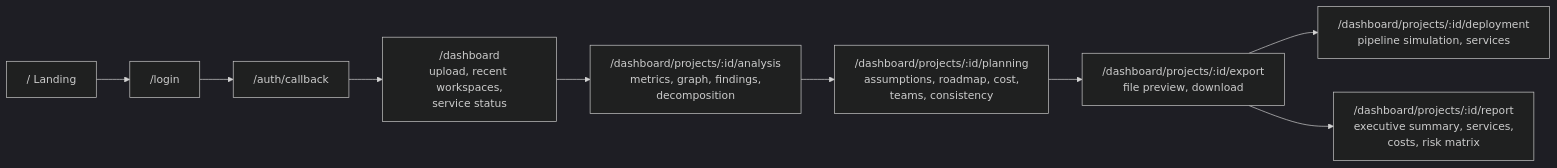
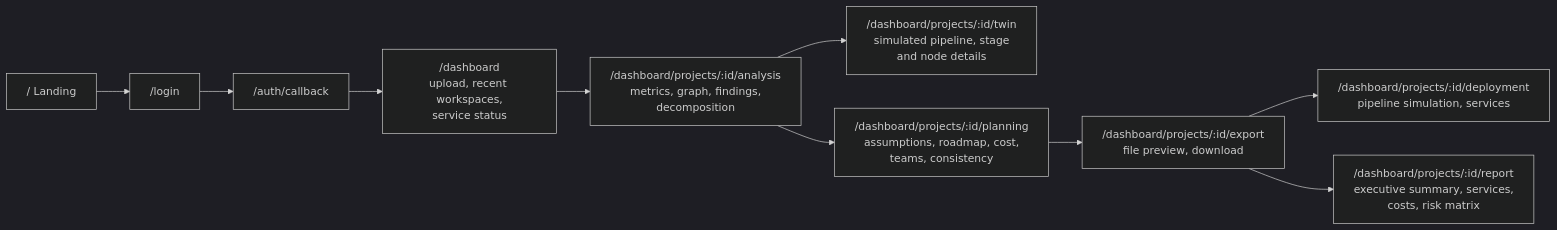
One commit to Tetra4ge/MonoMelt changed diagram 21 of 23 in README.md. Above: the diagram before and after it, drawn with Mermaid (dark theme). The commit also changed other lines of this file, not shown here.

````diff
--- a/README.md
+++ b/README.md
@@ -946,11 +946,12 @@
 ```mermaid
 flowchart LR
     L["/ Landing"] --> LG["/login"]
     LG --> CB["/auth/callback"]
     CB --> D["/dashboard<br/>upload, recent workspaces,<br/>service status"]
     D --> AN["/dashboard/projects/:id/analysis<br/>metrics, graph, findings,<br/>decomposition"]
+    AN --> TW["/dashboard/projects/:id/twin<br/>simulated pipeline, stage<br/>and node details"]
     AN --> PL["/dashboard/projects/:id/planning<br/>assumptions, roadmap, cost,<br/>teams, consistency"]
     PL --> EX["/dashboard/projects/:id/export<br/>file preview, download"]
     EX --> DP["/dashboard/projects/:id/deployment<br/>pipeline simulation, services"]
     EX --> RP["/dashboard/projects/:id/report<br/>executive summary, services,<br/>costs, risk matrix"]
 ```
````
